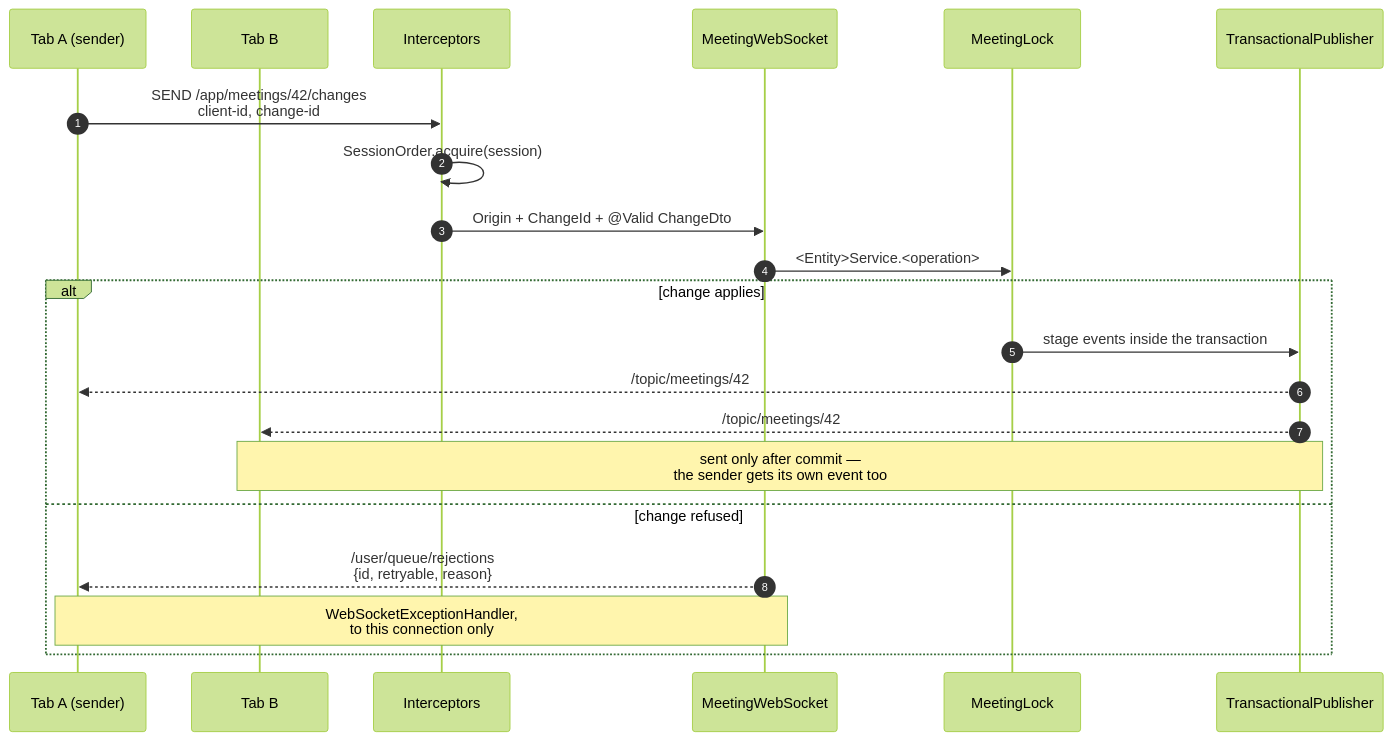
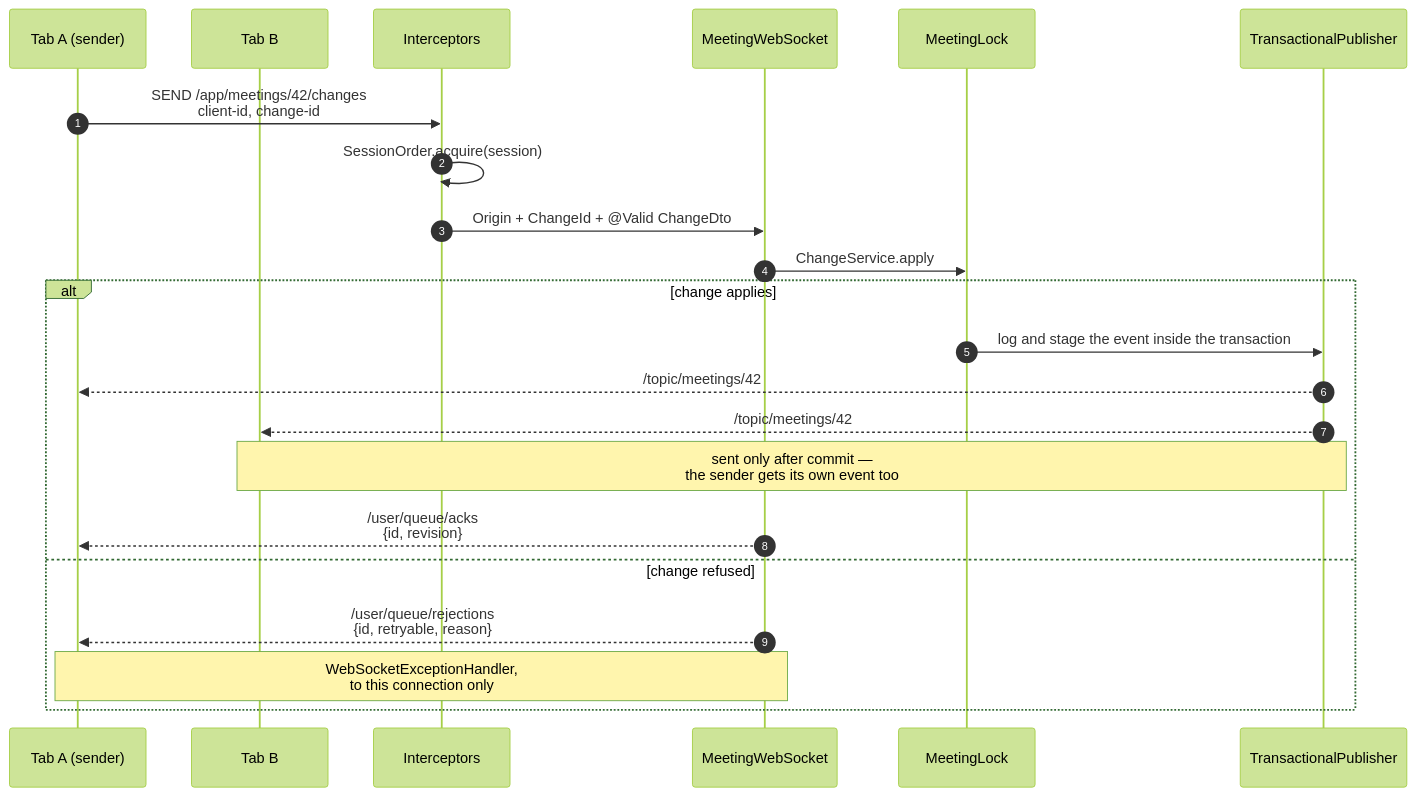
The second of 3 diagrams in doc/WEBSOCKETS.md (ChrisVesters/Notula), drawn with Mermaid (forest theme) before and after one commit. The commit also changed other lines of this file and 9 other files, not shown here.

````diff
--- a/doc/WEBSOCKETS.md
+++ b/doc/WEBSOCKETS.md
@@ -163,25 +178,26 @@
 ```mermaid
 sequenceDiagram
     autonumber
     participant A as Tab A (sender)
     participant B as Tab B
     participant I as Interceptors
     participant H as MeetingWebSocket
     participant L as MeetingLock
     participant P as TransactionalPublisher
 
     A->>I: SEND /app/meetings/42/changes<br/>client-id, change-id
     I->>I: SessionOrder.acquire(session)
     I->>H: Origin + ChangeId + @Valid ChangeDto
-    H->>L: <Entity>Service.<operation>
+    H->>L: ChangeService.apply
 
     alt change applies
-        L->>P: stage events inside the transaction
+        L->>P: log and stage the event inside the transaction
         P-->>A: /topic/meetings/42
         P-->>B: /topic/meetings/42
         Note over P,B: sent only after commit —<br/>the sender gets its own event too
+        H-->>A: /user/queue/acks<br/>{id, revision}
     else change refused
         H-->>A: /user/queue/rejections<br/>{id, retryable, reason}
         Note over H,A: WebSocketExceptionHandler,<br/>to this connection only
     end
 ```
````
